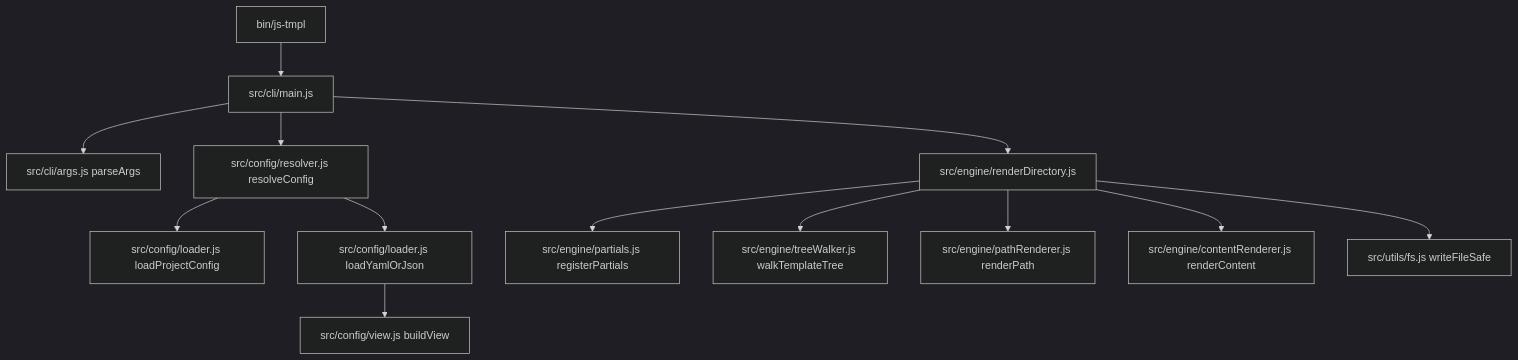
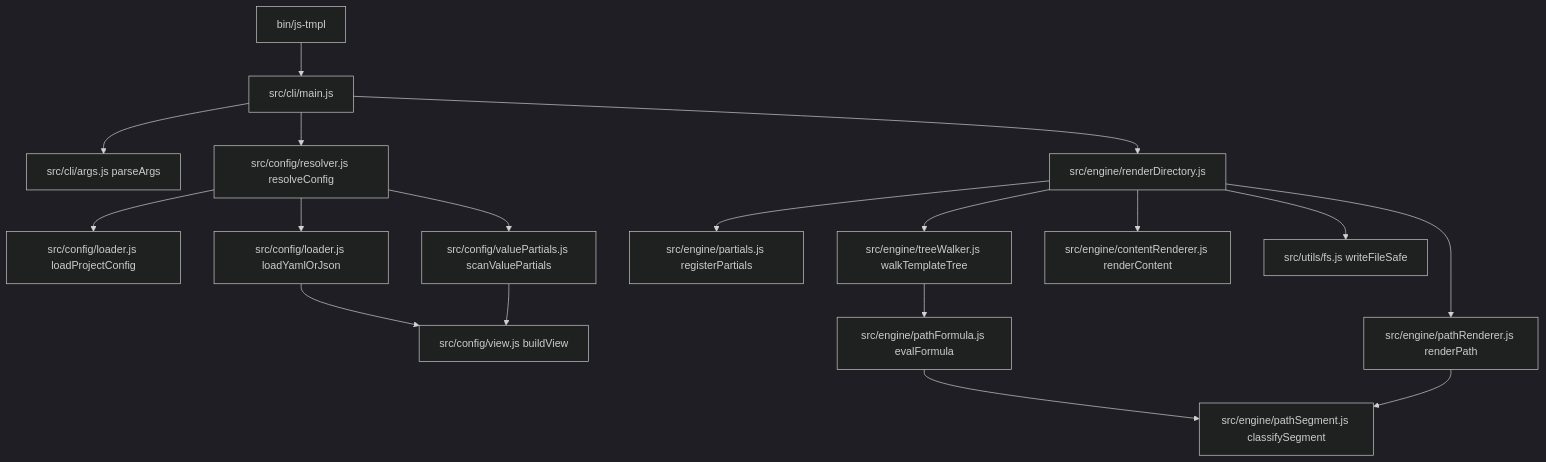
Before and after one commit to nci-gis/js-tmpl: the second of 3 diagrams in docs/agents/workflows/render-pipeline.workflow.md, drawn with Mermaid (dark theme). The commit also changed other lines of this file and 5 other files, not shown here.

````diff
--- a/docs/agents/workflows/render-pipeline.workflow.md
+++ b/docs/agents/workflows/render-pipeline.workflow.md
@@ -61,15 +65,20 @@
 ```mermaid
 flowchart TD
   Bin[bin/js-tmpl] --> Main[src/cli/main.js]
   Main --> Args[src/cli/args.js parseArgs]
   Main --> Resolver[src/config/resolver.js resolveConfig]
   Resolver --> Loader[src/config/loader.js loadProjectConfig]
   Resolver --> ValLoad[src/config/loader.js loadYamlOrJson]
+  Resolver --> VPScan[src/config/valuePartials.js scanValuePartials]
   ValLoad --> View[src/config/view.js buildView]
+  VPScan --> View
   Main --> Render[src/engine/renderDirectory.js]
   Render --> Partials[src/engine/partials.js registerPartials]
   Render --> Walk[src/engine/treeWalker.js walkTemplateTree]
+  Walk --> Formula[src/engine/pathFormula.js evalFormula]
+  Formula --> Segment[src/engine/pathSegment.js classifySegment]
   Render --> Path[src/engine/pathRenderer.js renderPath]
+  Path --> Segment
   Render --> Content[src/engine/contentRenderer.js renderContent]
   Render --> FS[src/utils/fs.js writeFileSafe]
 ```
````
